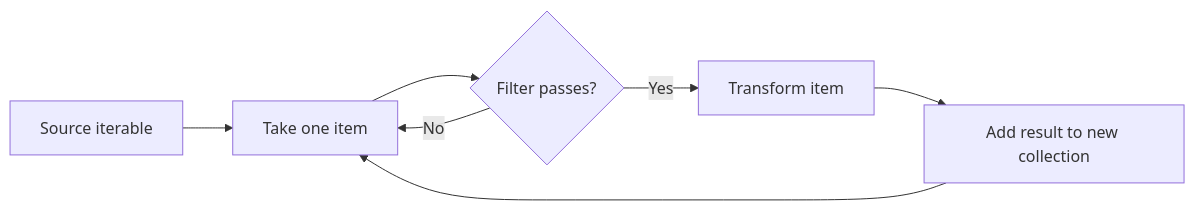
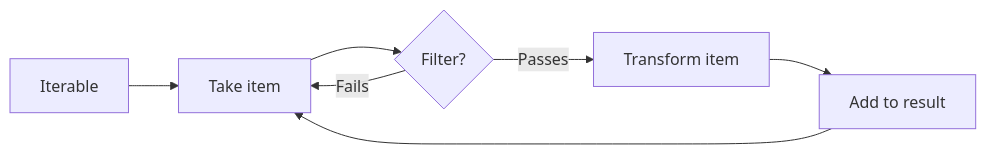
The first of 3 diagrams in src/content/python/comprehensions.md (AvadhBhalodiya/Interview-Preparation), drawn with Mermaid before and after one commit. The commit also changed other lines of this file and 80 other files, not shown here.

````diff
--- a/src/content/python/comprehensions.md
+++ b/src/content/python/comprehensions.md
@@ -21,9 +27,9 @@
 ```mermaid
 flowchart LR
-    A[Source iterable] --> B[Take one item]
-    B --> C{Filter passes?}
-    C -- No --> B
-    C -- Yes --> D[Transform item]
-    D --> E[Add result to new collection]
+    A[Iterable] --> B[Take item]
+    B --> C{Filter?}
+    C -- Fails --> B
+    C -- Passes --> D[Transform item]
+    D --> E[Add to result]
     E --> B
 ```
````
